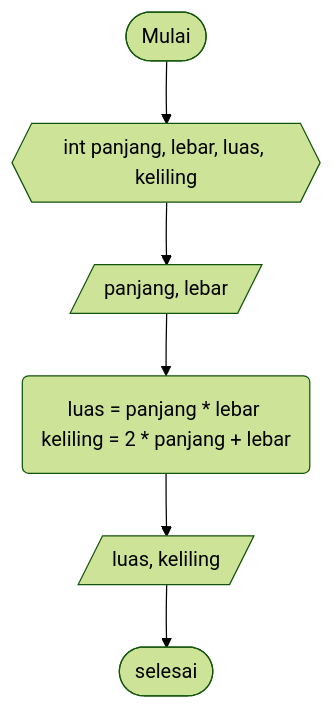
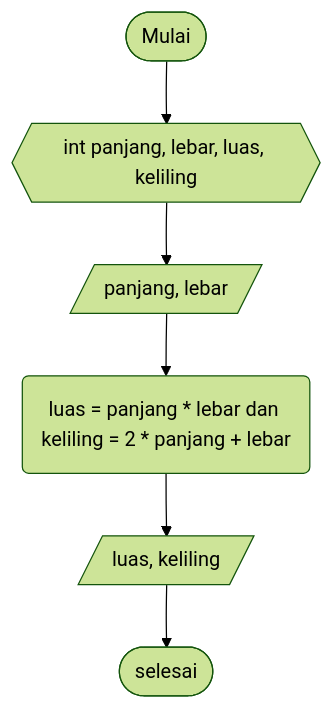
One commit to ValSyacy/daspro-jobsheet1 changed the diagram in PersegiPanjang.md. Above: the diagram before and after it, drawn with Mermaid (forest theme).

````diff
--- a/PersegiPanjang.md
+++ b/PersegiPanjang.md
@@ -17,8 +17,8 @@
 ```mermaid
 flowchart TD;
     A([Mulai])-->B{{int panjang, lebar, luas, keliling}}
     B-->C[/panjang, lebar/]
-    C-->D(luas = panjang * lebar keliling = 2 * panjang + lebar)
+    C-->D(luas = panjang * lebar dan keliling = 2 * panjang + lebar)
     D-->E[/luas, keliling/]
     E-->F([selesai])
 ```
````
